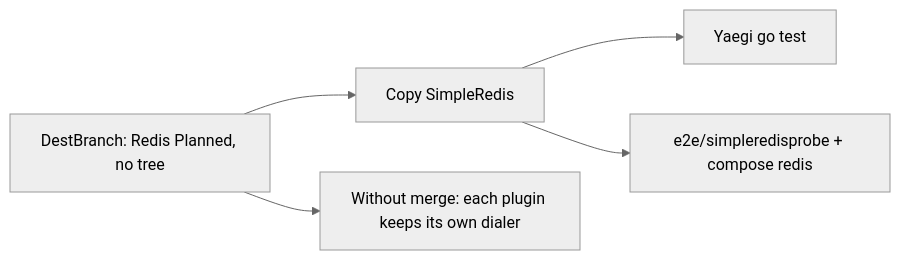
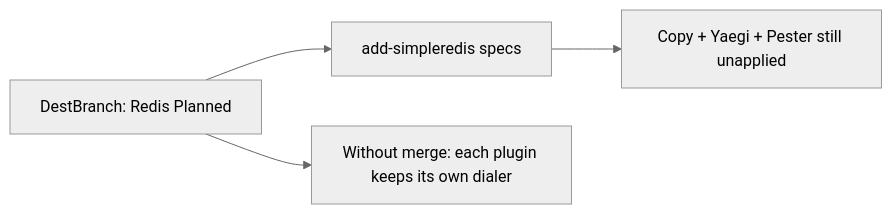
Before and after one commit to david-garcia-garcia/traefik-middleware-utilities: the diagram in devstate/2026/09/2026-09-11-simpleredis/card.md, drawn with Mermaid (neutral theme). The commit also changed other lines of this file and 2 other files, not shown here.

````diff
--- a/devstate/2026/09/2026-09-11-simpleredis/card.md
+++ b/devstate/2026/09/2026-09-11-simpleredis/card.md
@@ -17,7 +17,6 @@
 ```mermaid
 flowchart LR
-  dest["DestBranch: Redis Planned, no tree"] --> copy["Copy SimpleRedis"]
-  copy --> yaegi["Yaegi go test"]
-  copy --> probe["e2e/simpleredisprobe + compose redis"]
+  dest["DestBranch: Redis Planned"] --> spec["add-simpleredis specs"]
+  spec --> apply["Copy + Yaegi + Pester still unapplied"]
   dest --> miss["Without merge: each plugin keeps its own dialer"]
 ```
````
